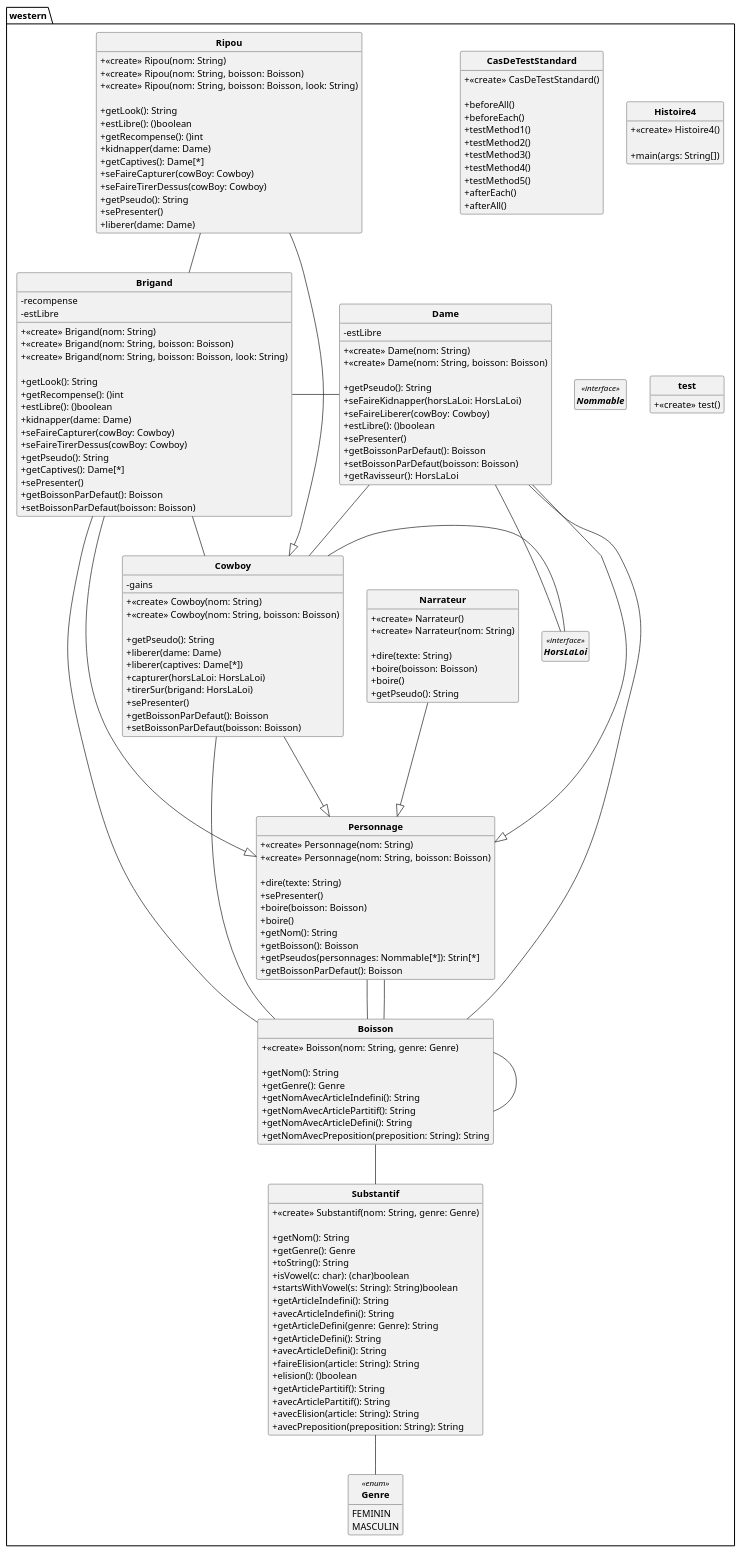
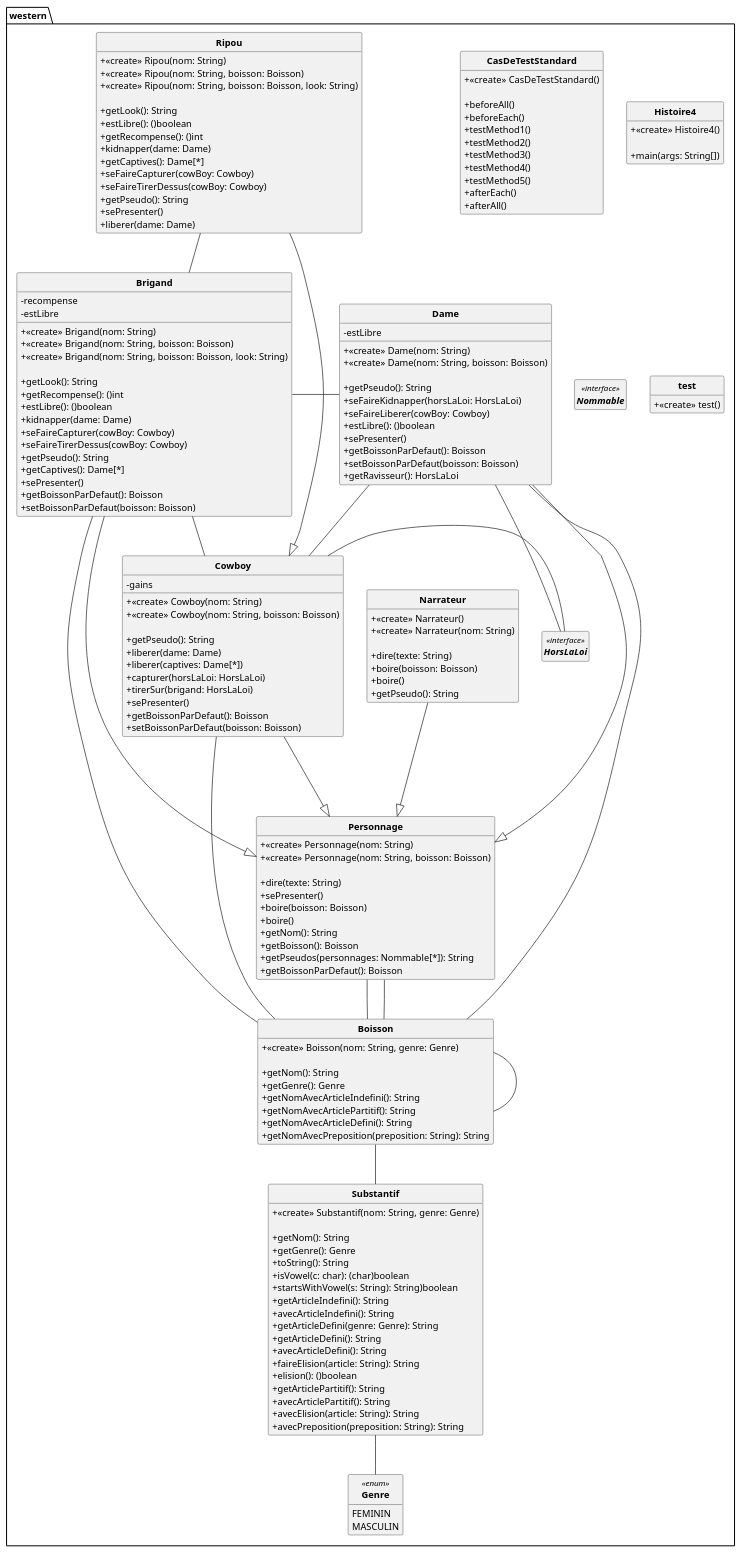
The diagram in src/pumlFromJava/DC_Western.puml (SylvainSchaefer/Java-to-PUML), drawn with PlantUML before and after one commit. The commit also changed 1 other file, not shown here.

```diff
--- a/src/pumlFromJava/DC_Western.puml
+++ b/src/pumlFromJava/DC_Western.puml
@@ -147,7 +147,7 @@
 + boire()
 + getNom(): String
 + getBoisson(): Boisson
-+ getPseudos(personnages: Nommable[*]): Strin[*]
++ getPseudos(personnages: Nommable[*]): String
 + getBoissonParDefaut(): Boisson
 
 }
```
